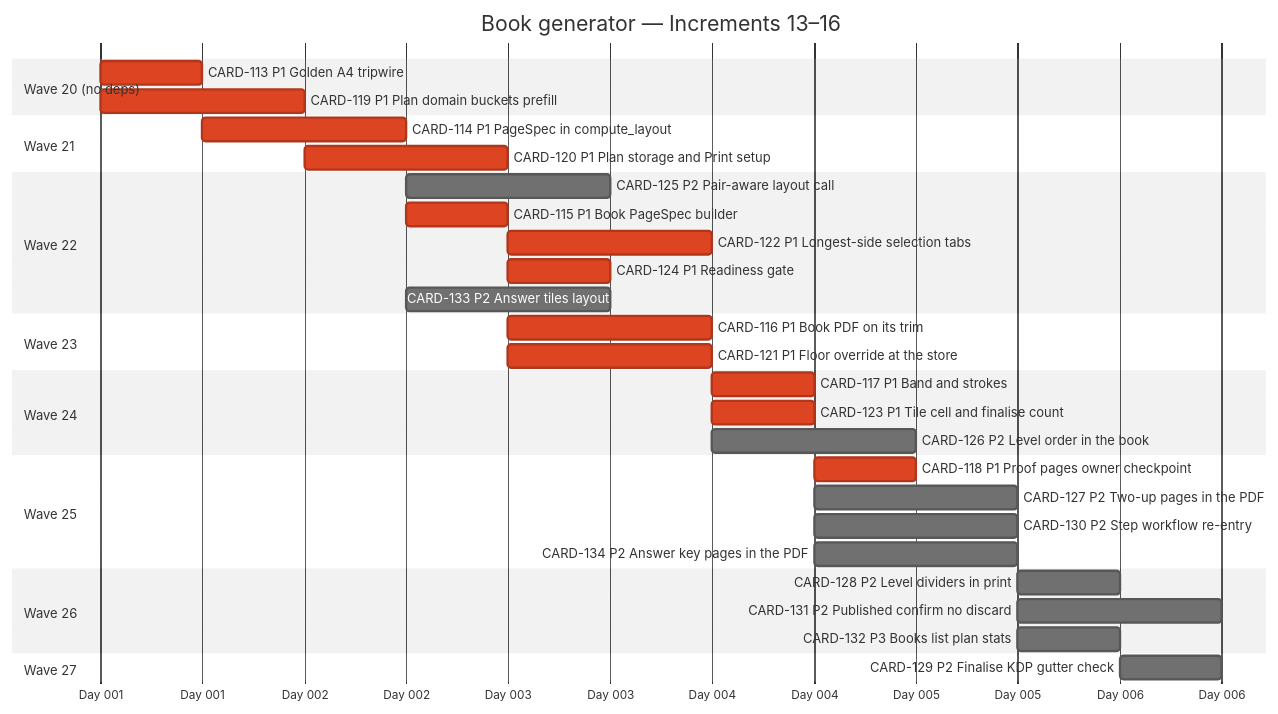
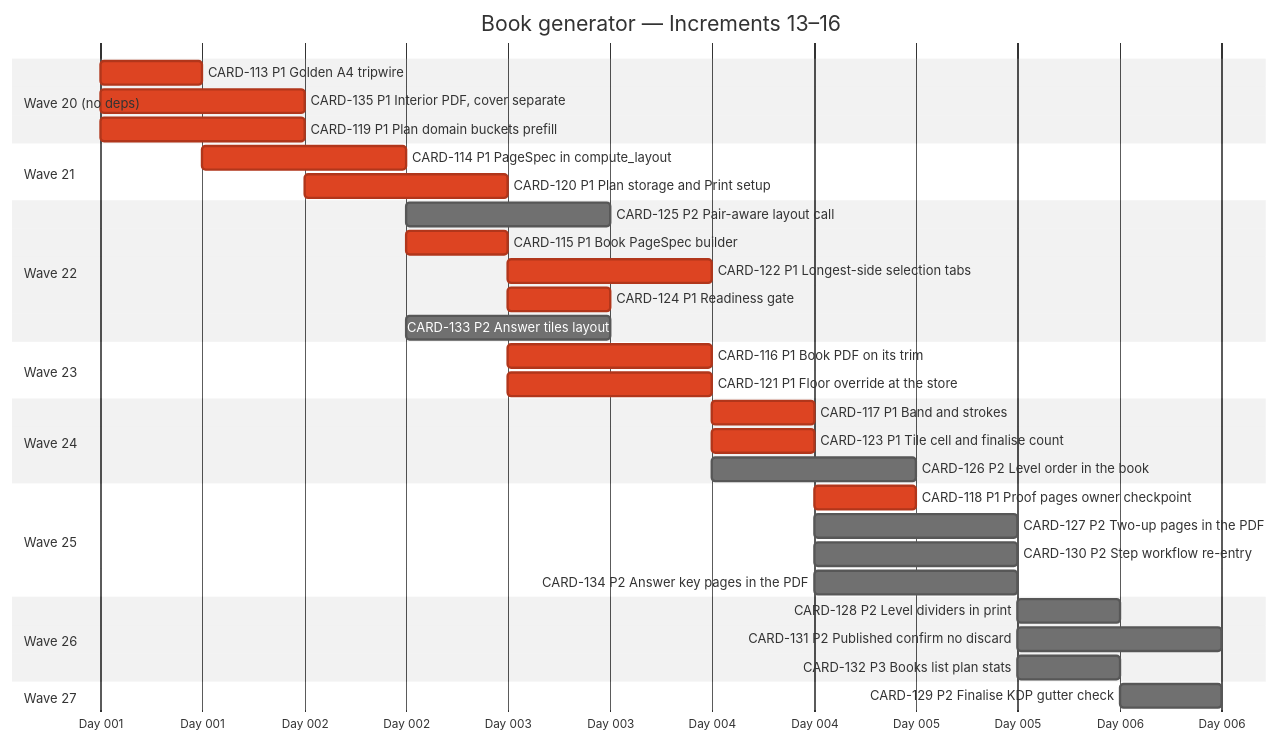
Before and after one commit to et0175/nonogram: the diagram in meta/kanban/gantt.md, drawn with Mermaid (neutral theme). The commit also changed other lines of this file and 35 other files, not shown here.

First line of the commit message:
arch+kanban: interior PDF without cover, answer-key details (FR-043, CARD-135)

````diff
--- a/meta/kanban/gantt.md
+++ b/meta/kanban/gantt.md
@@ -10,36 +11,37 @@
 ```mermaid
 gantt
   title Book generator — Increments 13–16
   dateFormat X
   axisFormat Day %j
   section Wave 20 (no deps)
     CARD-113 P1 Golden A4 tripwire            :crit, card113, 0, 12h
+    CARD-135 P1 Interior PDF, cover separate  :crit, card135, 0, 1d
     CARD-119 P1 Plan domain buckets prefill   :crit, card119, 0, 1d
   section Wave 21
     CARD-114 P1 PageSpec in compute_layout    :crit, card114, after card113, 1d
     CARD-120 P1 Plan storage and Print setup  :crit, card120, after card119, 1d
   section Wave 22
     CARD-125 P2 Pair-aware layout call        :card125, after card114, 1d
     CARD-115 P1 Book PageSpec builder         :crit, card115, after card114, 12h
     CARD-122 P1 Longest-side selection tabs   :crit, card122, after card119 card120, 1d
     CARD-124 P1 Readiness gate                :crit, card124, after card119 card120, 12h
     CARD-133 P2 Answer tiles layout           :card133, after card114, 1d
   section Wave 23
-    CARD-116 P1 Book PDF on its trim          :crit, card116, after card115, 1d
+    CARD-116 P1 Book PDF on its trim          :crit, card116, after card115 card135, 1d
     CARD-121 P1 Floor override at the store   :crit, card121, after card115 card120, 1d
   section Wave 24
     CARD-117 P1 Band and strokes              :crit, card117, after card116, 12h
     CARD-123 P1 Tile cell and finalise count  :crit, card123, after card121 card122, 12h
     CARD-126 P2 Level order in the book       :card126, after card121, 1d
   section Wave 25
     CARD-118 P1 Proof pages owner checkpoint  :crit, card118, after card117, 12h
     CARD-127 P2 Two-up pages in the PDF       :card127, after card117 card125, 1d
     CARD-130 P2 Step workflow re-entry        :card130, after card123 card124, 1d
     CARD-134 P2 Answer key pages in the PDF   :card134, after card117 card133, 1d
   section Wave 26
     CARD-128 P2 Level dividers in print       :card128, after card126 card127 card134, 12h
     CARD-131 P2 Published confirm no discard  :card131, after card126 card130, 1d
     CARD-132 P3 Books list plan stats         :card132, after card123 card124 card130, 12h
   section Wave 27
     CARD-129 P2 Finalise KDP gutter check     :card129, after card128 card123 card134, 12h
 ```
````
